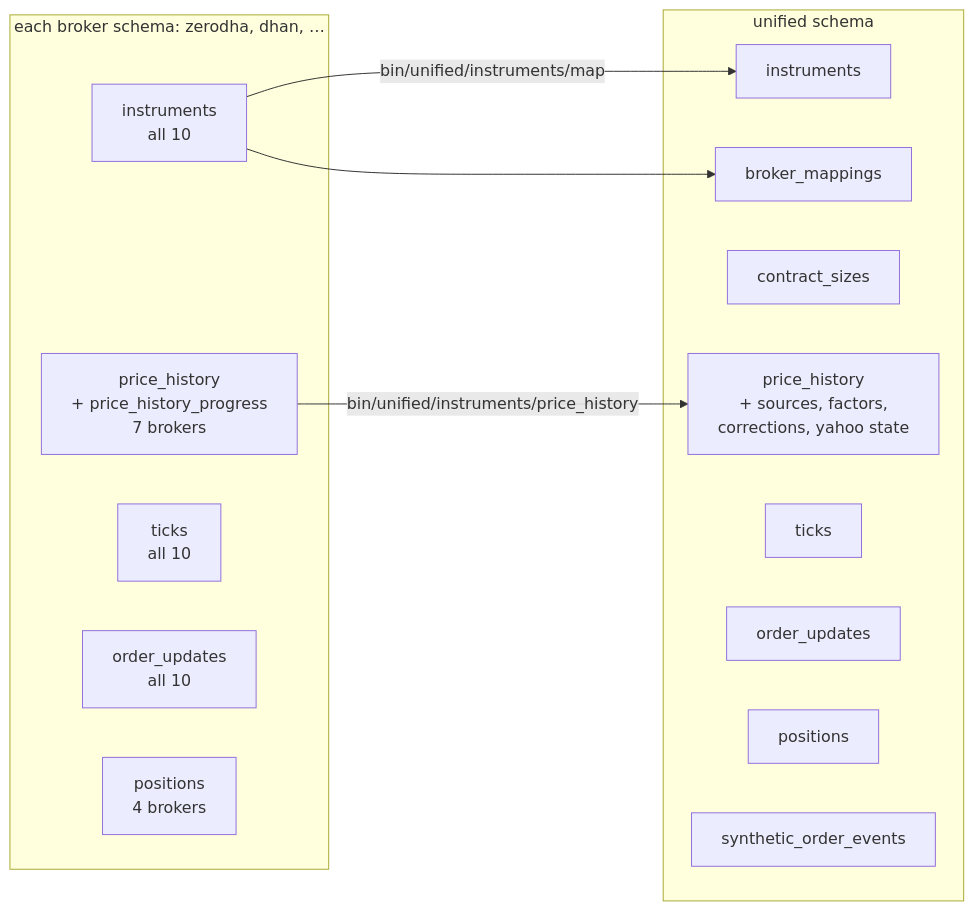
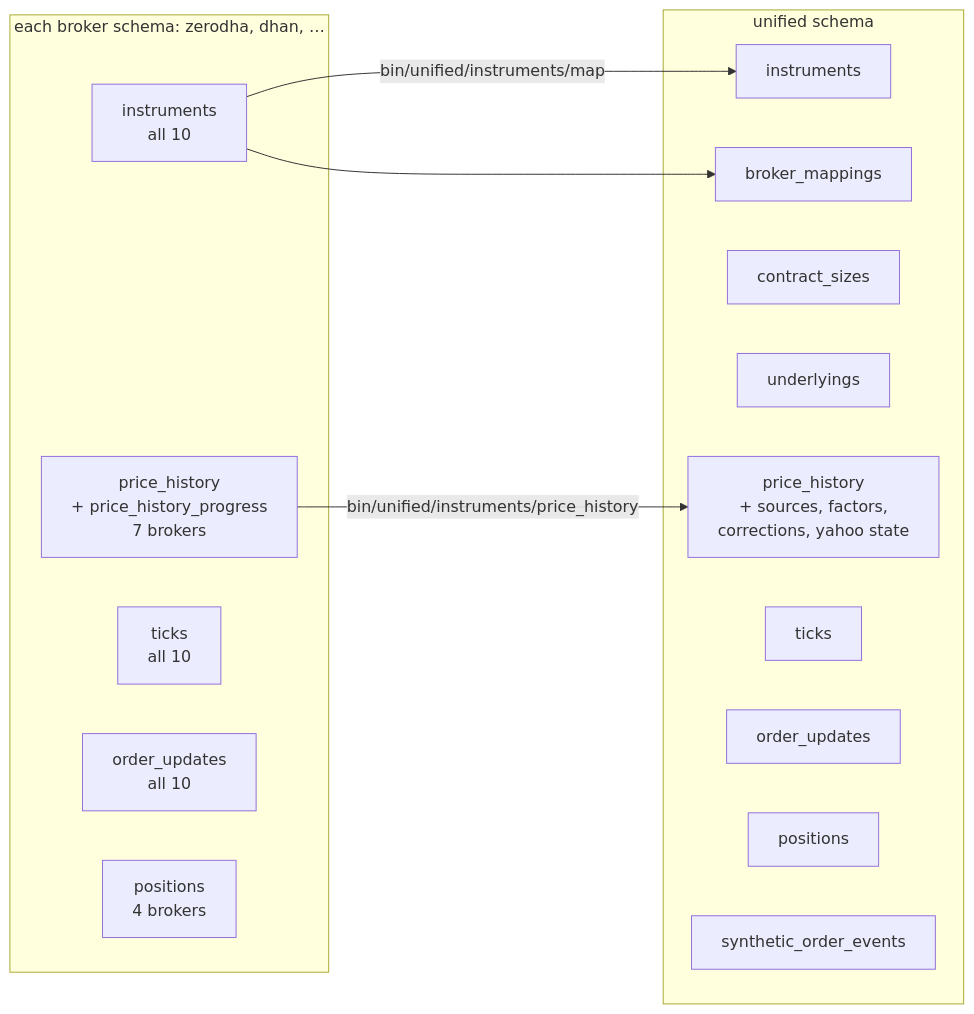
One commit to pramodathani/unified_broker_interface changed the first of 3 diagrams in docs/architecture/database.md. Above: the diagram before and after it, drawn with Mermaid. The commit also changed other lines of this file and 13 other files, not shown here.

````diff
--- a/docs/architecture/database.md
+++ b/docs/architecture/database.md
@@ -11,23 +11,24 @@
 ```mermaid
 flowchart LR
     subgraph broker["each broker schema: zerodha, dhan, …"]
         BI["instruments<br/>all 10"]
         BP["price_history<br/>+ price_history_progress<br/>7 brokers"]
         BT["ticks<br/>all 10"]
         BO["order_updates<br/>all 10"]
         BPOS["positions<br/>4 brokers"]
     end
     subgraph unified["unified schema"]
         UI["instruments"]
         UM["broker_mappings"]
         UC["contract_sizes"]
+        UU["underlyings"]
         UPH["price_history<br/>+ sources, factors,<br/>corrections, yahoo state"]
         UT["ticks"]
         UO["order_updates"]
         UP["positions"]
         US["synthetic_order_events"]
     end
     BI -->|bin/unified/instruments/map| UI
     BI --> UM
     BP -->|bin/unified/instruments/price_history| UPH
 ```
````
